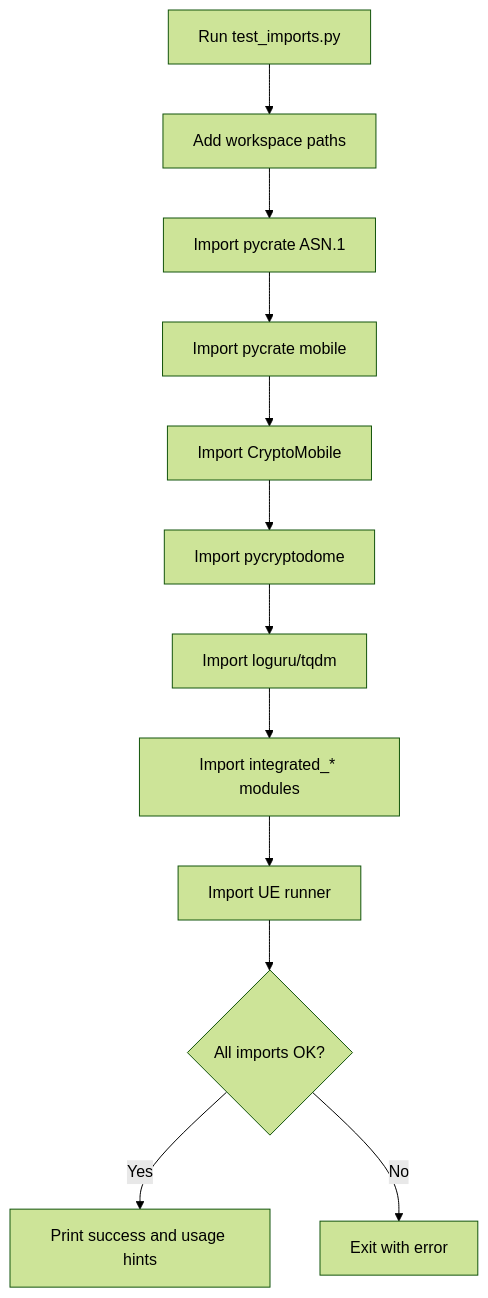
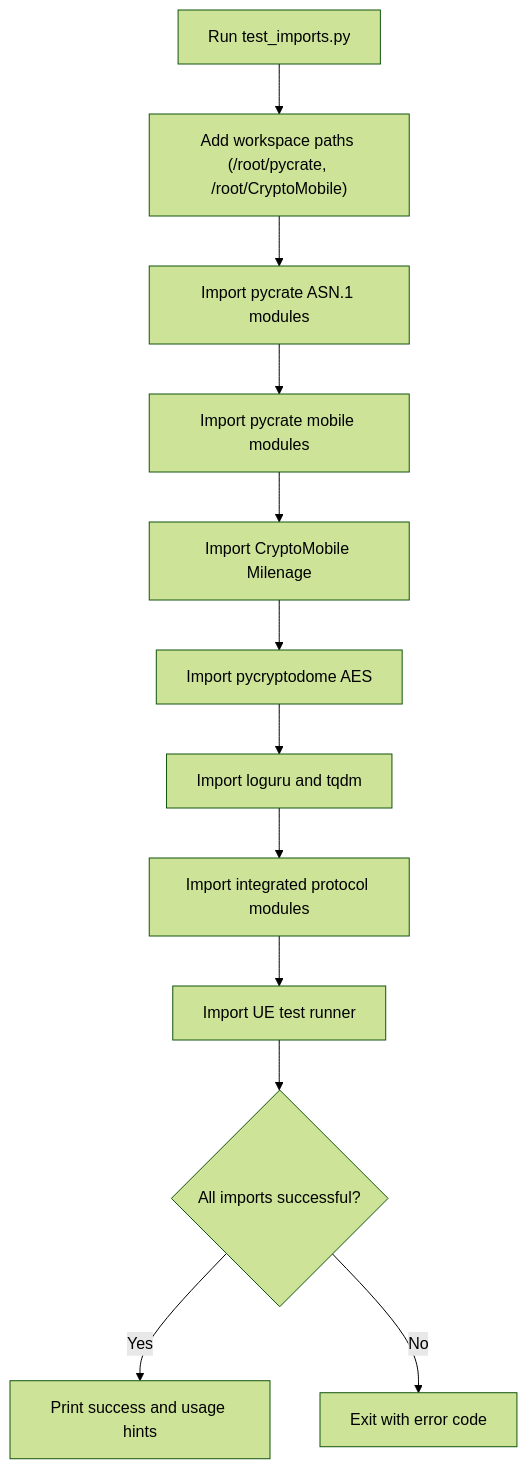
The fourth of 5 diagrams in .qoder/repowiki/en/content/Project Overview/Getting Started.md (hackeryounow/coresimrunner), drawn with Mermaid (forest theme) before and after one commit. The commit also changed other lines of this file and 6 other files, not shown here.

````diff
--- a/.qoder/repowiki/en/content/Project Overview/Getting Started.md
+++ b/.qoder/repowiki/en/content/Project Overview/Getting Started.md
@@ -152,14 +158,14 @@
 ```mermaid
 flowchart TD
-A["Run test_imports.py"] --> B["Add workspace paths"]
-B --> C["Import pycrate ASN.1"]
-C --> D["Import pycrate mobile"]
-D --> E["Import CryptoMobile"]
-E --> F["Import pycryptodome"]
-F --> G["Import loguru/tqdm"]
-G --> H["Import integrated_* modules"]
-H --> I["Import UE runner"]
-I --> J{"All imports OK?"}
+A["Run test_imports.py"] --> B["Add workspace paths (/root/pycrate, /root/CryptoMobile)"]
+B --> C["Import pycrate ASN.1 modules"]
+C --> D["Import pycrate mobile modules"]
+D --> E["Import CryptoMobile Milenage"]
+E --> F["Import pycryptodome AES"]
+F --> G["Import loguru and tqdm"]
+G --> H["Import integrated protocol modules"]
+H --> I["Import UE test runner"]
+I --> J{"All imports successful?"}
 J --> |Yes| K["Print success and usage hints"]
-J --> |No| L["Exit with error"]
+J --> |No| L["Exit with error code"]
 ```
````
